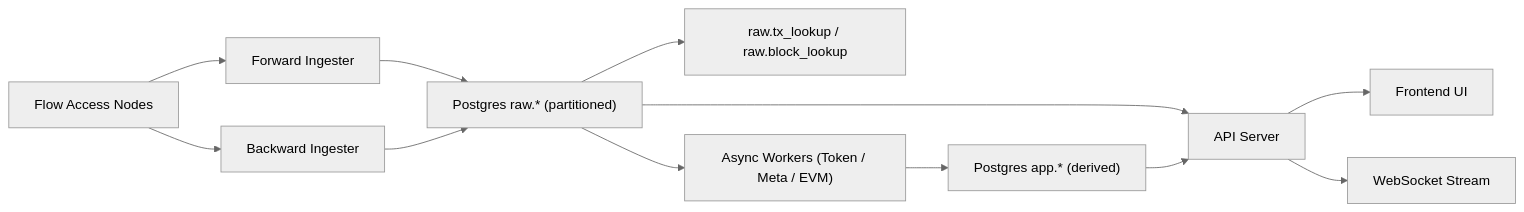
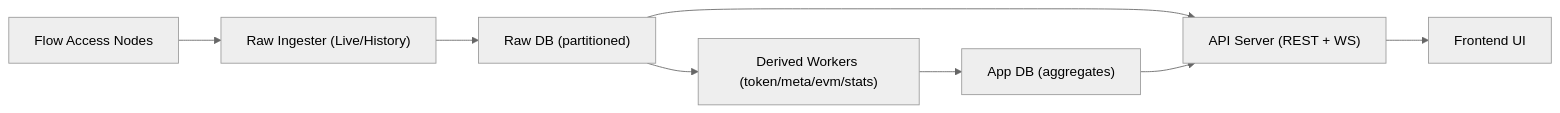
The first of 4 diagrams in ARCHITECTURE.md (Outblock/flowindex), drawn with Mermaid (neutral theme) before and after one commit. The commit also changed other lines of this file and 5 other files, not shown here.

Commit message:
Add relative/absolute timestamps and expand architecture/flowscan docs

````diff
--- a/ARCHITECTURE.md
+++ b/ARCHITECTURE.md
@@ -16,18 +11,10 @@
 ```mermaid
 flowchart LR
-  Flow["Flow Access Nodes"] --> Fwd["Forward Ingester"]
-  Flow --> Bwd["Backward Ingester"]
-
-  Fwd --> Raw["Postgres raw.* (partitioned)"]
-  Bwd --> Raw
-
-  Raw --> Lookup["raw.tx_lookup / raw.block_lookup"]
-  Raw --> Workers["Async Workers (Token / Meta / EVM)"]
-  Workers --> App["Postgres app.* (derived)"]
-
-  Raw --> API["API Server"]
-  App --> API
-
-  API --> FE["Frontend UI"]
-  API --> WS["WebSocket Stream"]
+  A["Flow Access Nodes"] --> B["Raw Ingester (Live/History)"]
+  B --> C["Raw DB (partitioned)"]
+  C --> D["Derived Workers (token/meta/evm/stats)"]
+  D --> E["App DB (aggregates)"]
+  C --> F["API Server (REST + WS)"]
+  E --> F
+  F --> G["Frontend UI"]
 ```
````
